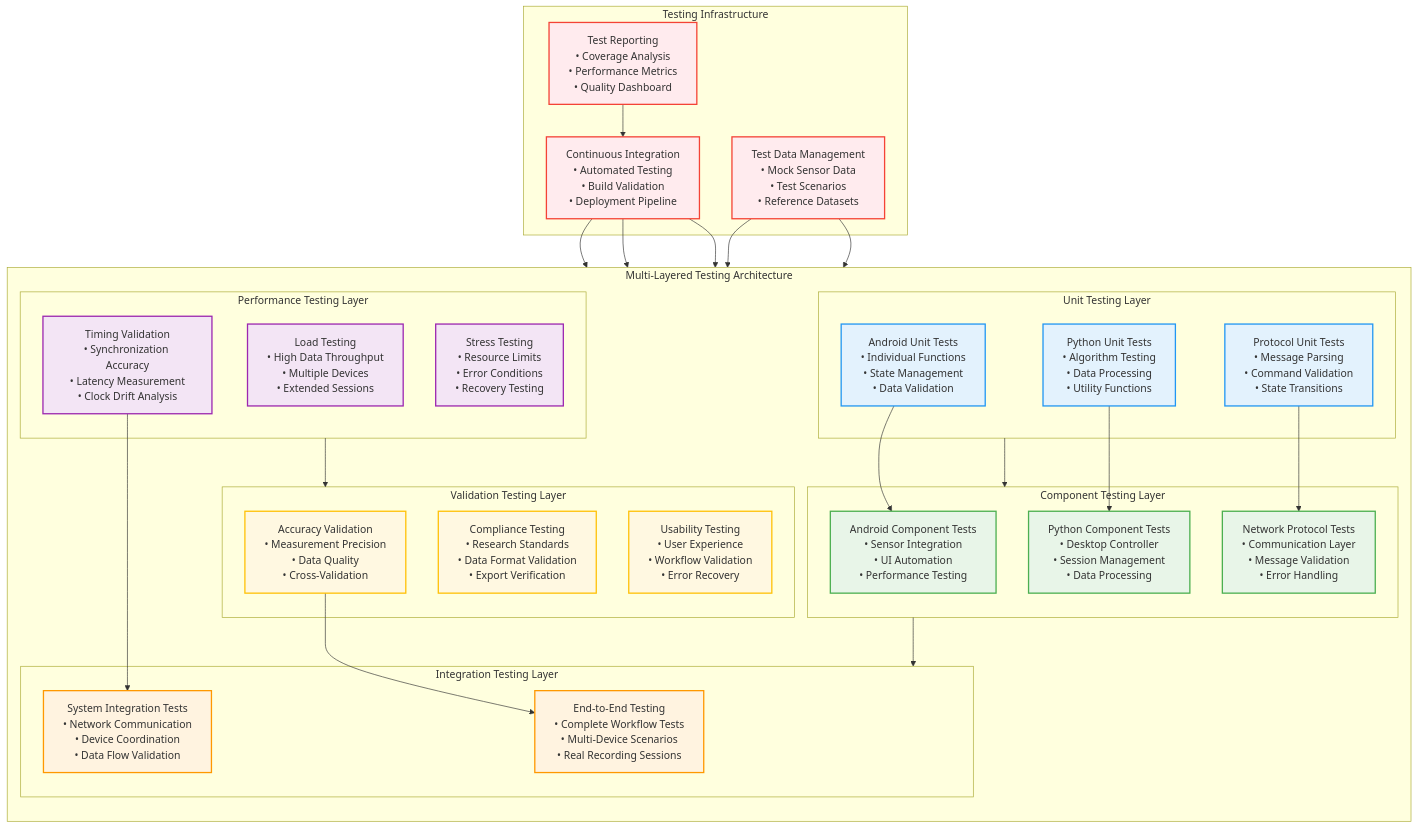
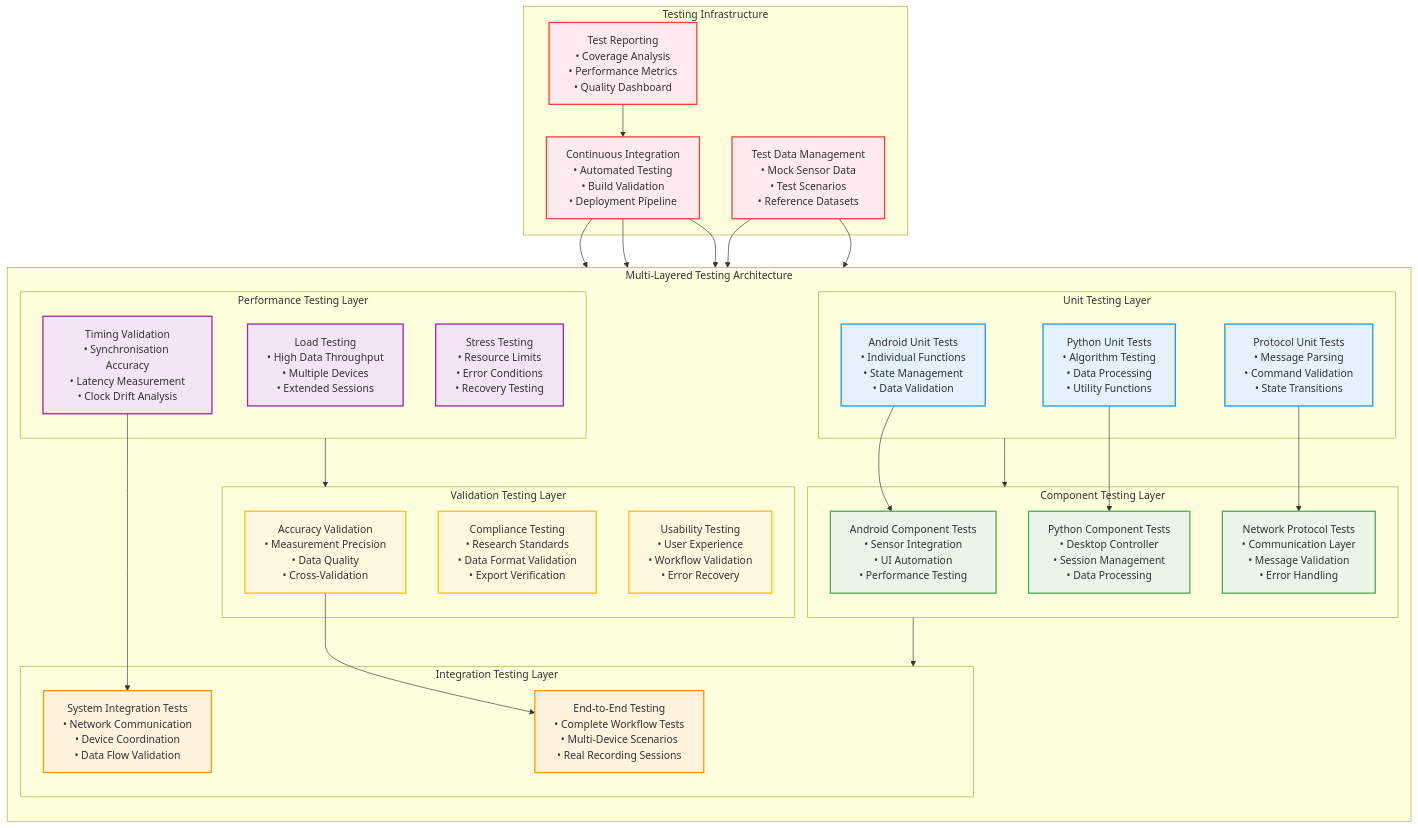
Before and after one commit to buccancs/fyp-multi-sensor-recording-system: the seventh of 19 diagrams in docs/diagrams/missing_diagrams_generated.md, drawn with Mermaid. The commit also changed other lines of this file and 56 other files, not shown here.

````diff
--- a/docs/diagrams/missing_diagrams_generated.md
+++ b/docs/diagrams/missing_diagrams_generated.md
@@ -404,75 +404,75 @@
 ```mermaid
 graph TB
     subgraph TESTING_PYRAMID ["Multi-Layered Testing Architecture"]
         direction TB
         
         subgraph INTEGRATION_TESTS ["Integration Testing Layer"]
             E2E_TESTS["End-to-End Testing<br/>• Complete Workflow Tests<br/>• Multi-Device Scenarios<br/>• Real Recording Sessions"]
             SYSTEM_TESTS["System Integration Tests<br/>• Network Communication<br/>• Device Coordination<br/>• Data Flow Validation"]
         end
         
         subgraph COMPONENT_TESTS ["Component Testing Layer"]
             ANDROID_TESTS["Android Component Tests<br/>• Sensor Integration<br/>• UI Automation<br/>• Performance Testing"]
             PYTHON_TESTS["Python Component Tests<br/>• Desktop Controller<br/>• Session Management<br/>• Data Processing"]
             NETWORK_TESTS["Network Protocol Tests<br/>• Communication Layer<br/>• Message Validation<br/>• Error Handling"]
         end
         
         subgraph UNIT_TESTS ["Unit Testing Layer"]
             ANDROID_UNITS["Android Unit Tests<br/>• Individual Functions<br/>• State Management<br/>• Data Validation"]
             PYTHON_UNITS["Python Unit Tests<br/>• Algorithm Testing<br/>• Data Processing<br/>• Utility Functions"]
             PROTOCOL_UNITS["Protocol Unit Tests<br/>• Message Parsing<br/>• Command Validation<br/>• State Transitions"]
         end
         
         subgraph PERFORMANCE_TESTS ["Performance Testing Layer"]
             LOAD_TESTS["Load Testing<br/>• High Data Throughput<br/>• Multiple Devices<br/>• Extended Sessions"]
             STRESS_TESTS["Stress Testing<br/>• Resource Limits<br/>• Error Conditions<br/>• Recovery Testing"]
-            TIMING_TESTS["Timing Validation<br/>• Synchronization Accuracy<br/>• Latency Measurement<br/>• Clock Drift Analysis"]
+            TIMING_TESTS["Timing Validation<br/>• Synchronisation Accuracy<br/>• Latency Measurement<br/>• Clock Drift Analysis"]
         end
         
         subgraph VALIDATION_TESTS ["Validation Testing Layer"]
             ACCURACY_TESTS["Accuracy Validation<br/>• Measurement Precision<br/>• Data Quality<br/>• Cross-Validation"]
             COMPLIANCE_TESTS["Compliance Testing<br/>• Research Standards<br/>• Data Format Validation<br/>• Export Verification"]
             USABILITY_TESTS["Usability Testing<br/>• User Experience<br/>• Workflow Validation<br/>• Error Recovery"]
         end
     end
     
     subgraph TEST_INFRASTRUCTURE ["Testing Infrastructure"]
         CI_CD["Continuous Integration<br/>• Automated Testing<br/>• Build Validation<br/>• Deployment Pipeline"]
         TEST_DATA["Test Data Management<br/>• Mock Sensor Data<br/>• Test Scenarios<br/>• Reference Datasets"]
         REPORTING["Test Reporting<br/>• Coverage Analysis<br/>• Performance Metrics<br/>• Quality Dashboard"]
     end
     
     %% Testing flow relationships
     UNIT_TESTS --> COMPONENT_TESTS
     COMPONENT_TESTS --> INTEGRATION_TESTS
     PERFORMANCE_TESTS --> VALIDATION_TESTS
     
     %% Infrastructure connections
     CI_CD --> UNIT_TESTS
     CI_CD --> COMPONENT_TESTS
     CI_CD --> INTEGRATION_TESTS
     TEST_DATA --> PERFORMANCE_TESTS
     TEST_DATA --> VALIDATION_TESTS
     REPORTING --> CI_CD
     
     %% Cross-layer validation
     ANDROID_UNITS --> ANDROID_TESTS
     PYTHON_UNITS --> PYTHON_TESTS
     PROTOCOL_UNITS --> NETWORK_TESTS
     TIMING_TESTS --> SYSTEM_TESTS
     ACCURACY_TESTS --> E2E_TESTS
     
     classDef integration fill:#fff3e0,stroke:#ff9800,stroke-width:2px
     classDef component fill:#e8f5e8,stroke:#4caf50,stroke-width:2px
     classDef unit fill:#e3f2fd,stroke:#2196f3,stroke-width:2px
     classDef performance fill:#f3e5f5,stroke:#9c27b0,stroke-width:2px
     classDef validation fill:#fff8e1,stroke:#ffc107,stroke-width:2px
     classDef infrastructure fill:#ffebee,stroke:#f44336,stroke-width:2px
     
     class E2E_TESTS,SYSTEM_TESTS integration
     class ANDROID_TESTS,PYTHON_TESTS,NETWORK_TESTS component
     class ANDROID_UNITS,PYTHON_UNITS,PROTOCOL_UNITS unit
     class LOAD_TESTS,STRESS_TESTS,TIMING_TESTS performance
     class ACCURACY_TESTS,COMPLIANCE_TESTS,USABILITY_TESTS validation
     class CI_CD,TEST_DATA,REPORTING infrastructure
 ```
````
